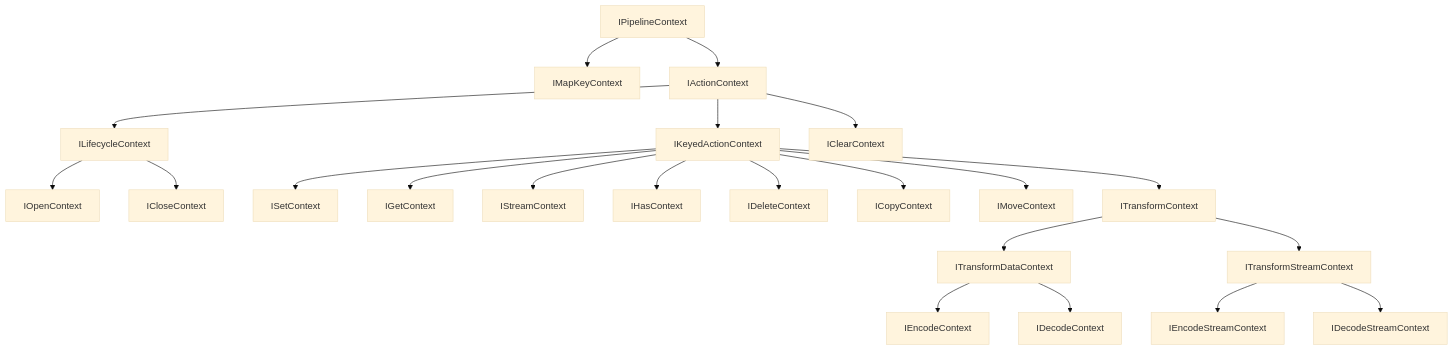
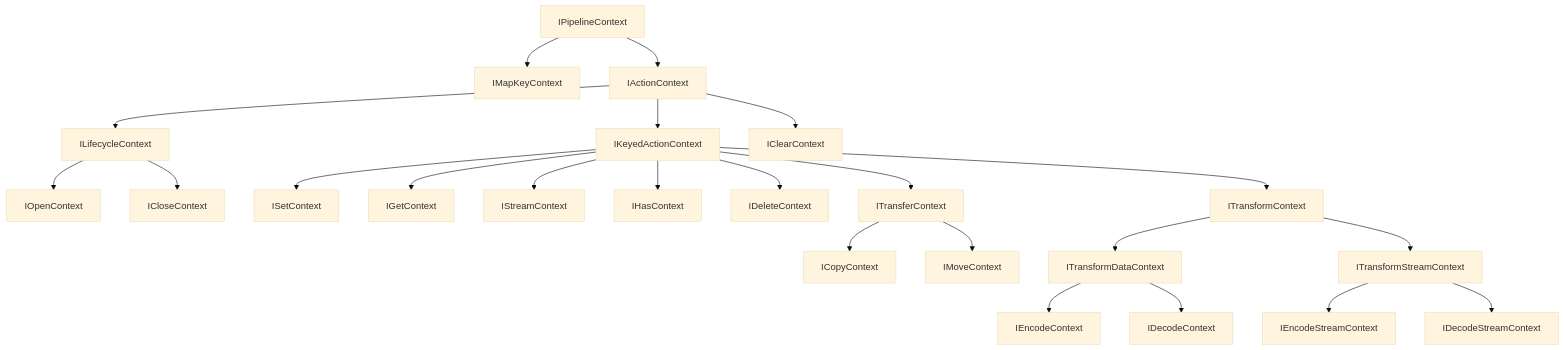
One commit to tai-kun/unikvs changed the diagram in website/docs/en/packages/(shared)/core/pipeline-context.mdx. Above: the diagram before and after it, drawn with Mermaid (base theme). The commit also changed other lines of this file and 30 other files, not shown here.

````diff
--- a/website/docs/en/packages/(shared)/core/pipeline-context.mdx
+++ b/website/docs/en/packages/(shared)/core/pipeline-context.mdx
@@ -63,24 +63,25 @@
 ```mermaid
 flowchart TB
   A[IPipelineContext] --> B[IMapKeyContext]
   A --> C[IActionContext]
   C --> D[ILifecycleContext]
   C --> E[IKeyedActionContext]
   D --> F[IOpenContext]
   D --> G[ICloseContext]
   E --> H[ISetContext]
   E --> I[IGetContext]
   E --> J[IStreamContext]
   E --> K[IHasContext]
   E --> L[IDeleteContext]
-  E --> U[ICopyContext]
-  E --> V[IMoveContext]
+  E --> U[ITransferContext]
+  U --> V[ICopyContext]
+  U --> W[IMoveContext]
   C --> M[IClearContext]
   E --> N[ITransformContext]
   N --> O[ITransformDataContext]
   N --> P[ITransformStreamContext]
   O --> Q[IEncodeContext]
   O --> R[IDecodeContext]
   P --> S[IEncodeStreamContext]
   P --> T[IDecodeStreamContext]
 ```
````
